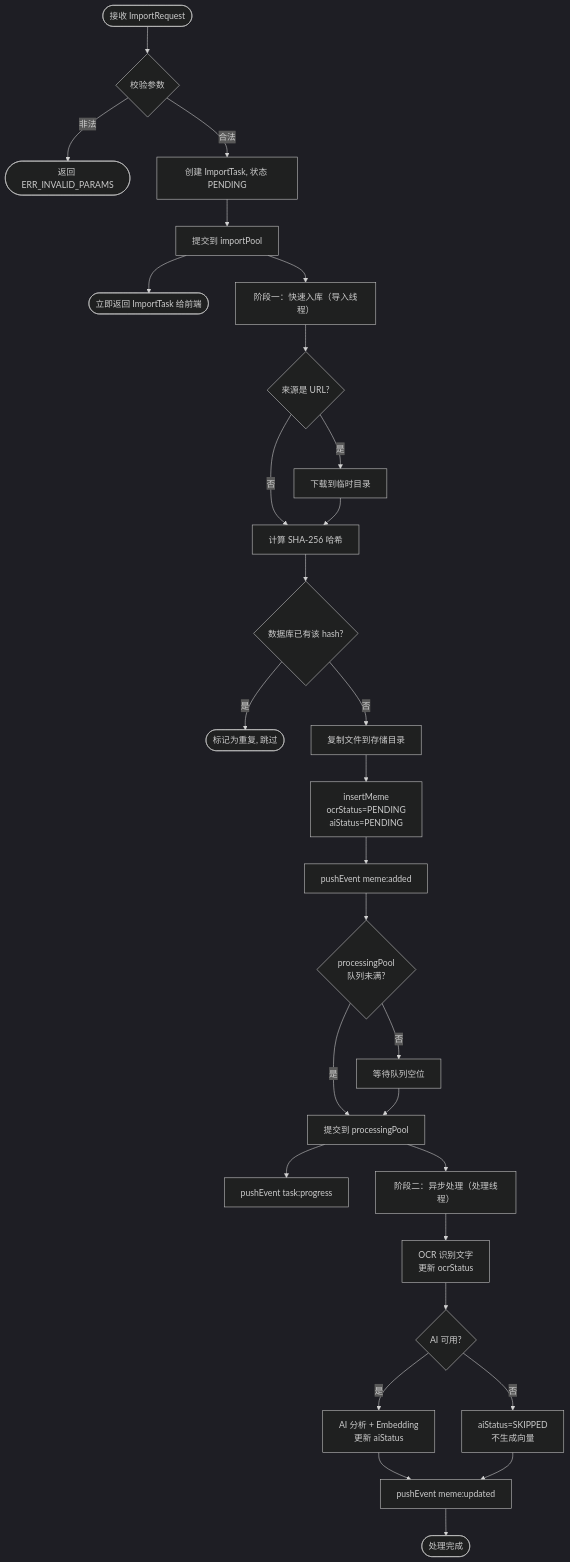
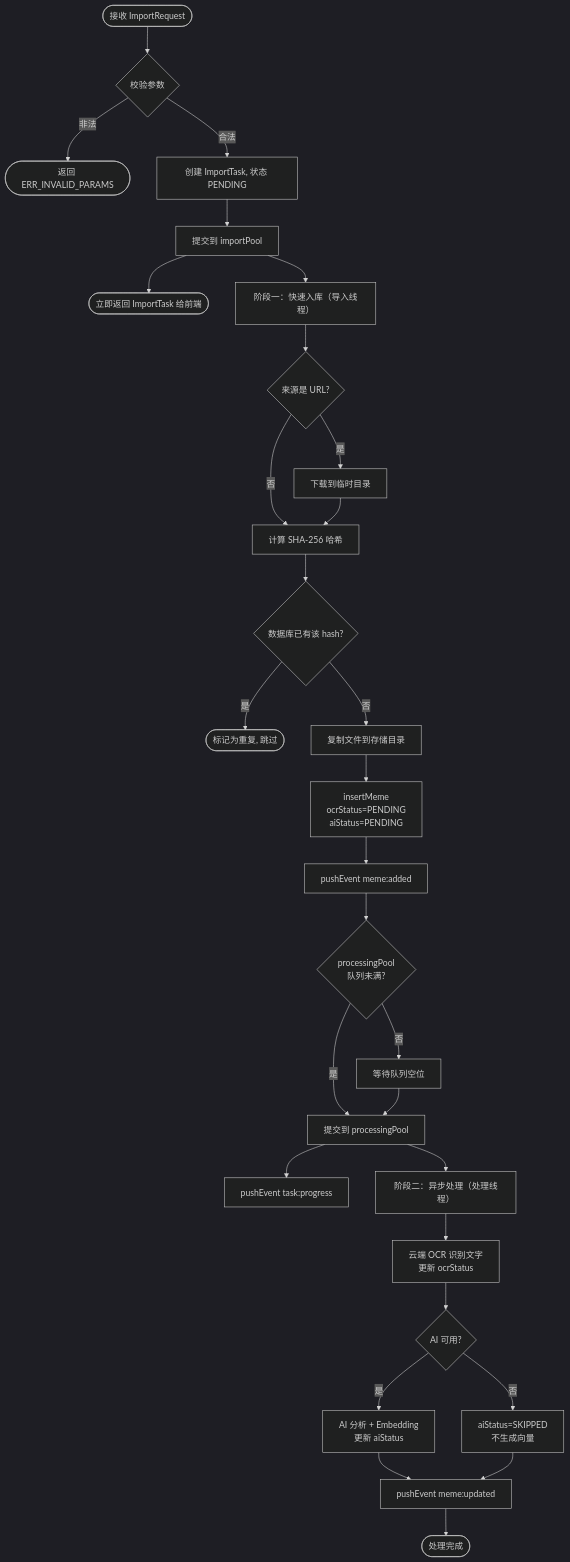
Before and after one commit to MintITes/QuickMemes: the second of 2 diagrams in docs/arch/cpp_core.md, drawn with Mermaid (dark theme). The commit also changed other lines of this file and 12 other files, not shown here.

Commit message:
docs(fix, improve) : OCR 改为云端 API，合并到 Vision 模块 OpenCV → stb 系列（stb_image + stb_image_resize2 + stb_image_write，缩略图输出 JPEG） 删除 AI 图片生成功能 删除 Meme 推荐功能

````diff
--- a/docs/arch/cpp_core.md
+++ b/docs/arch/cpp_core.md
@@ -649,32 +618,32 @@
 ```mermaid
 flowchart TD
     START([接收 ImportRequest]) --> VALIDATE{校验参数}
     VALIDATE -->|非法| ERR_RET([返回 ERR_INVALID_PARAMS])
     VALIDATE -->|合法| CREATE[创建 ImportTask, 状态 PENDING]
     CREATE --> SUBMIT[提交到 importPool]
     SUBMIT --> RETURN_TASK([立即返回 ImportTask 给前端])
 
     SUBMIT --> WORKER["阶段一：快速入库（导入线程）"]
     WORKER --> DOWNLOAD{来源是 URL?}
     DOWNLOAD -->|是| DL[下载到临时目录]
     DOWNLOAD -->|否| HASH
     DL --> HASH[计算 SHA-256 哈希]
     HASH --> DEDUP{数据库已有该 hash?}
     DEDUP -->|是| SKIP([标记为重复, 跳过])
     DEDUP -->|否| COPY[复制文件到存储目录]
     COPY --> INSERT["insertMeme\nocrStatus=PENDING\naiStatus=PENDING"]
     INSERT --> PUSH_ADDED[pushEvent meme:added]
     PUSH_ADDED --> QUEUE_CHECK{processingPool\n队列未满?}
     QUEUE_CHECK -->|是| QUEUE_PROC[提交到 processingPool]
     QUEUE_CHECK -->|否| WAIT[等待队列空位] --> QUEUE_PROC
     QUEUE_PROC --> UPDATE_PROGRESS[pushEvent task:progress]
 
     QUEUE_PROC --> PROC["阶段二：异步处理（处理线程）"]
-    PROC --> OCR_STEP["OCR 识别文字\n更新 ocrStatus"]
+    PROC --> OCR_STEP["云端 OCR 识别文字\n更新 ocrStatus"]
     OCR_STEP --> AI_CHECK{AI 可用?}
     AI_CHECK -->|是| AI_STEP["AI 分析 + Embedding\n更新 aiStatus"]
     AI_CHECK -->|否| AI_SKIP["aiStatus=SKIPPED\n不生成向量"]
     AI_STEP --> PUSH_UPDATED[pushEvent meme:updated]
     AI_SKIP --> PUSH_UPDATED
     PUSH_UPDATED --> DONE([处理完成])
 ```
````
